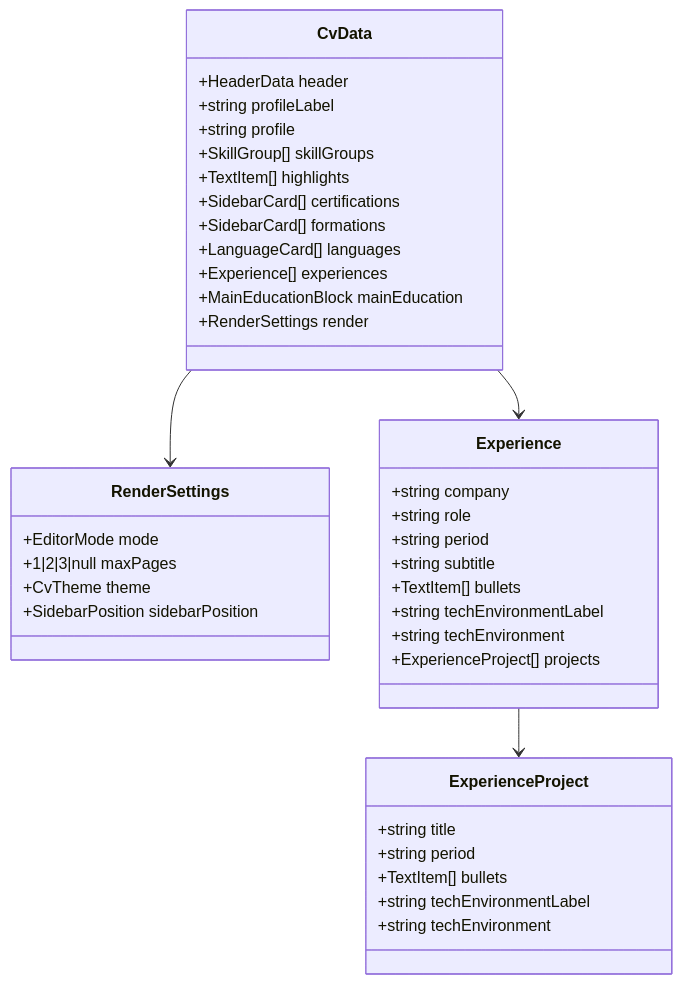
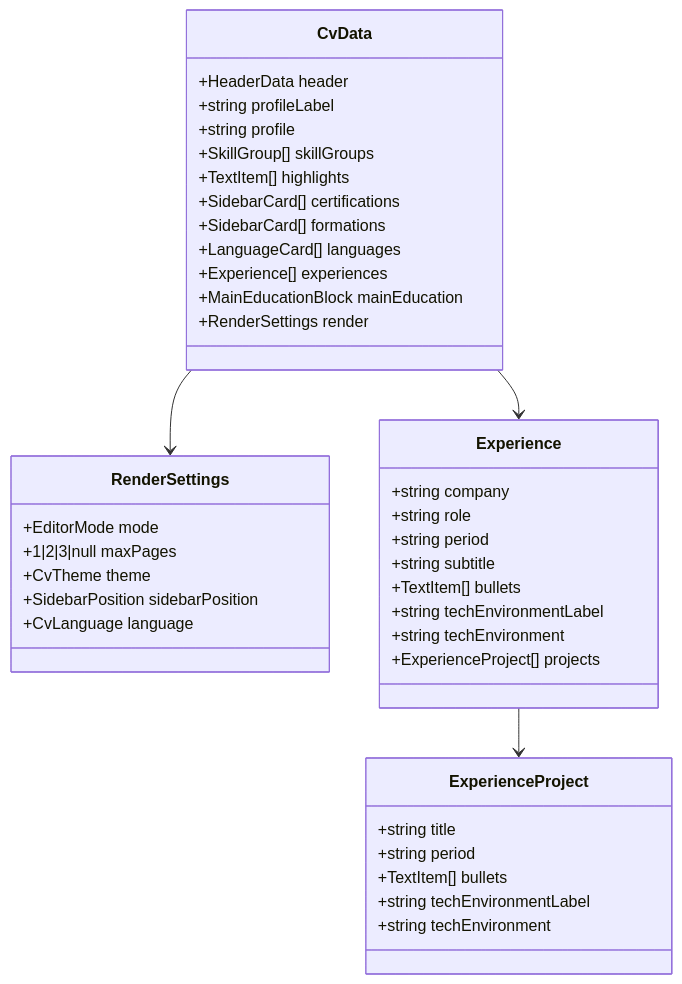
The third of 8 diagrams in APPLICATION_ARCHITECTURE_CV_GENERATOR.md (ClementV78/cv-generator-mcp), drawn with Mermaid before and after one commit. The commit also changed other lines of this file and 23 other files, not shown here.

````diff
--- a/APPLICATION_ARCHITECTURE_CV_GENERATOR.md
+++ b/APPLICATION_ARCHITECTURE_CV_GENERATOR.md
@@ -252,46 +253,47 @@
 ```mermaid
 classDiagram
     class CvData {
       +HeaderData header
       +string profileLabel
       +string profile
       +SkillGroup[] skillGroups
       +TextItem[] highlights
       +SidebarCard[] certifications
       +SidebarCard[] formations
       +LanguageCard[] languages
       +Experience[] experiences
       +MainEducationBlock mainEducation
       +RenderSettings render
     }
 
     class RenderSettings {
       +EditorMode mode
       +1|2|3|null maxPages
       +CvTheme theme
       +SidebarPosition sidebarPosition
+      +CvLanguage language
     }
 
     class Experience {
       +string company
       +string role
       +string period
       +string subtitle
       +TextItem[] bullets
       +string techEnvironmentLabel
       +string techEnvironment
       +ExperienceProject[] projects
     }
 
     class ExperienceProject {
       +string title
       +string period
       +TextItem[] bullets
       +string techEnvironmentLabel
       +string techEnvironment
     }
 
     CvData --> RenderSettings
     CvData --> Experience
     Experience --> ExperienceProject
 ```
````
